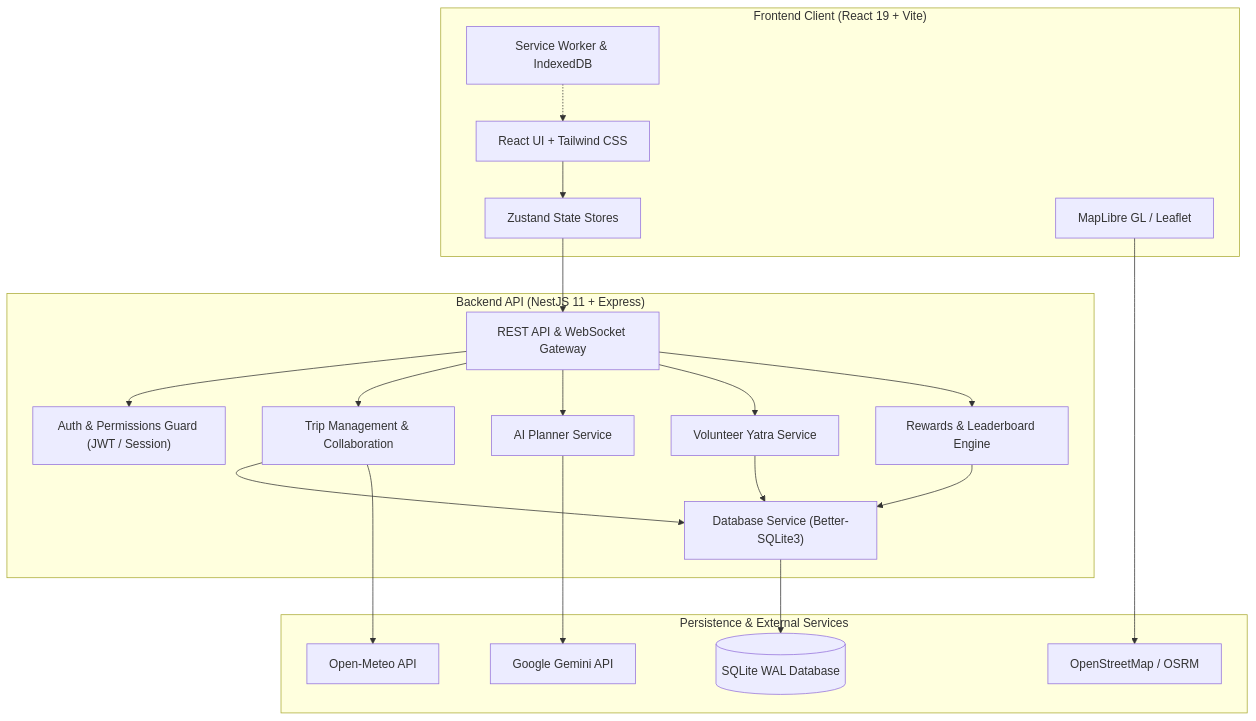
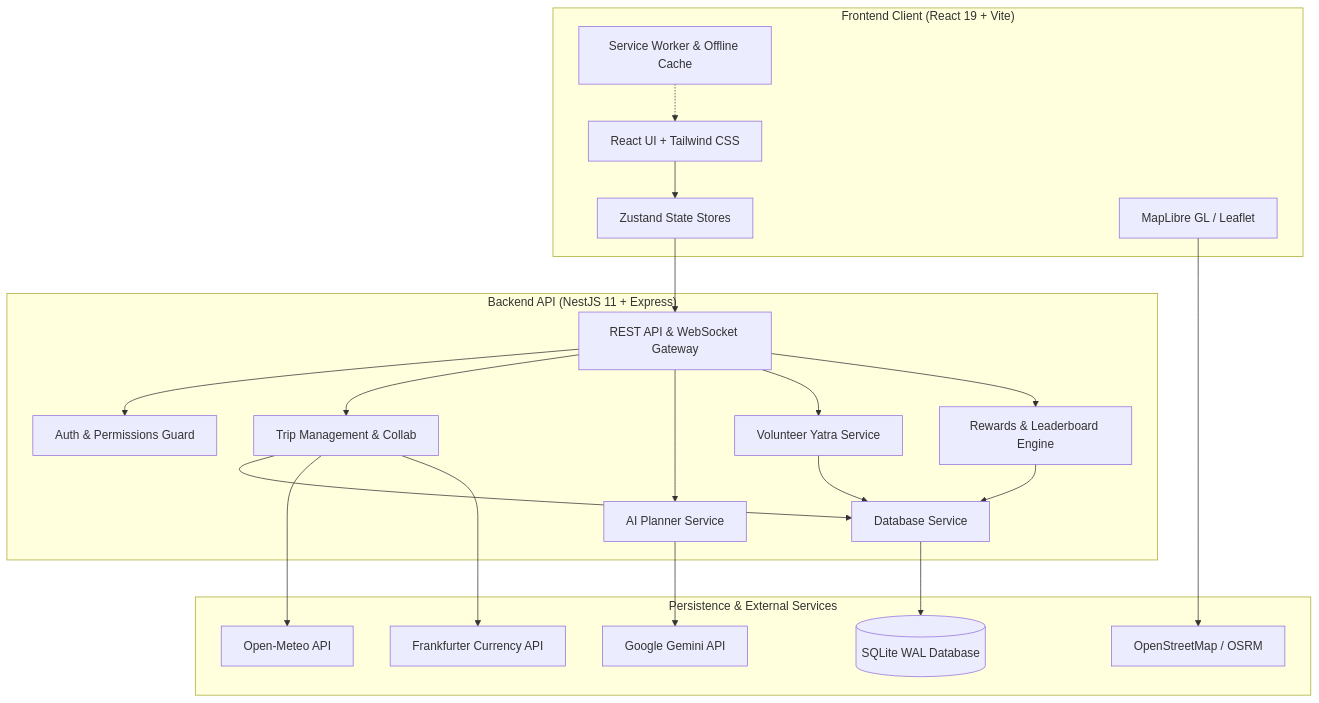
Before and after one commit to dakshgola/TripMate: the diagram in README.md, drawn with Mermaid. The commit also changed other lines of this file, not shown here.

Commit message:
docs: improve TripMate README for portfolio

````diff
--- a/README.md
+++ b/README.md
@@ -139,44 +115,46 @@
 ```mermaid
 flowchart TD
     subgraph Client["Frontend Client (React 19 + Vite)"]
         UI["React UI + Tailwind CSS"]
         Store["Zustand State Stores"]
-        PWA["Service Worker & IndexedDB"]
+        PWA["Service Worker & Offline Cache"]
         Map["MapLibre GL / Leaflet"]
     end
 
     subgraph Server["Backend API (NestJS 11 + Express)"]
         Gateway["REST API & WebSocket Gateway"]
-        AuthMod["Auth & Permissions Guard (JWT / Session)"]
-        TripMod["Trip Management & Collaboration"]
+        AuthMod["Auth & Permissions Guard"]
+        TripMod["Trip Management & Collab"]
         AIMod["AI Planner Service"]
         VolMod["Volunteer Yatra Service"]
         RewMod["Rewards & Leaderboard Engine"]
-        DBService["Database Service (Better-SQLite3)"]
+        DBService["Database Service"]
     end
 
     subgraph Data["Persistence & External Services"]
         DB[(SQLite WAL Database)]
         Gemini["Google Gemini API"]
         OSM["OpenStreetMap / OSRM"]
         Weather["Open-Meteo API"]
+        FX["Frankfurter Currency API"]
     end
 
     UI --> Store
     Store --> Gateway
     PWA -.-> UI
     Map --> OSM
 
     Gateway --> AuthMod
     Gateway --> TripMod
     Gateway --> AIMod
     Gateway --> VolMod
     Gateway --> RewMod
 
     AIMod --> Gemini
     TripMod --> DBService
+    TripMod --> Weather
+    TripMod --> FX
     VolMod --> DBService
     RewMod --> DBService
     DBService --> DB
-    TripMod --> Weather
 ```
````
